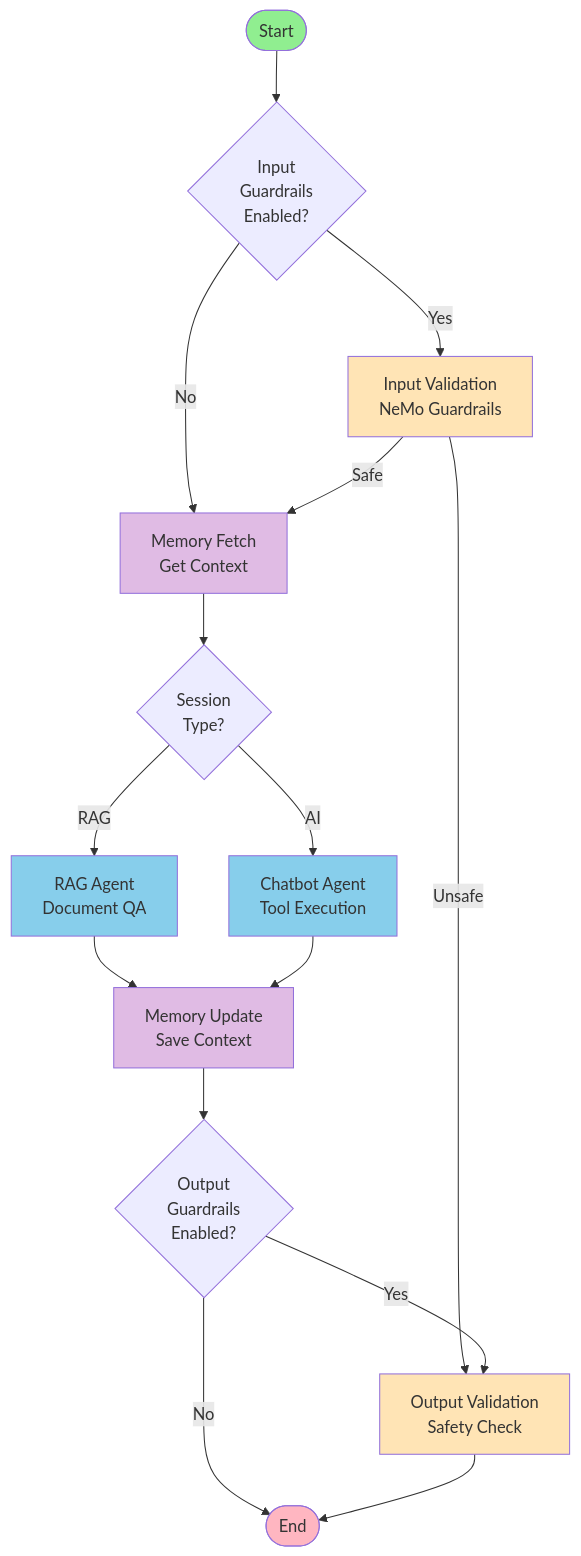
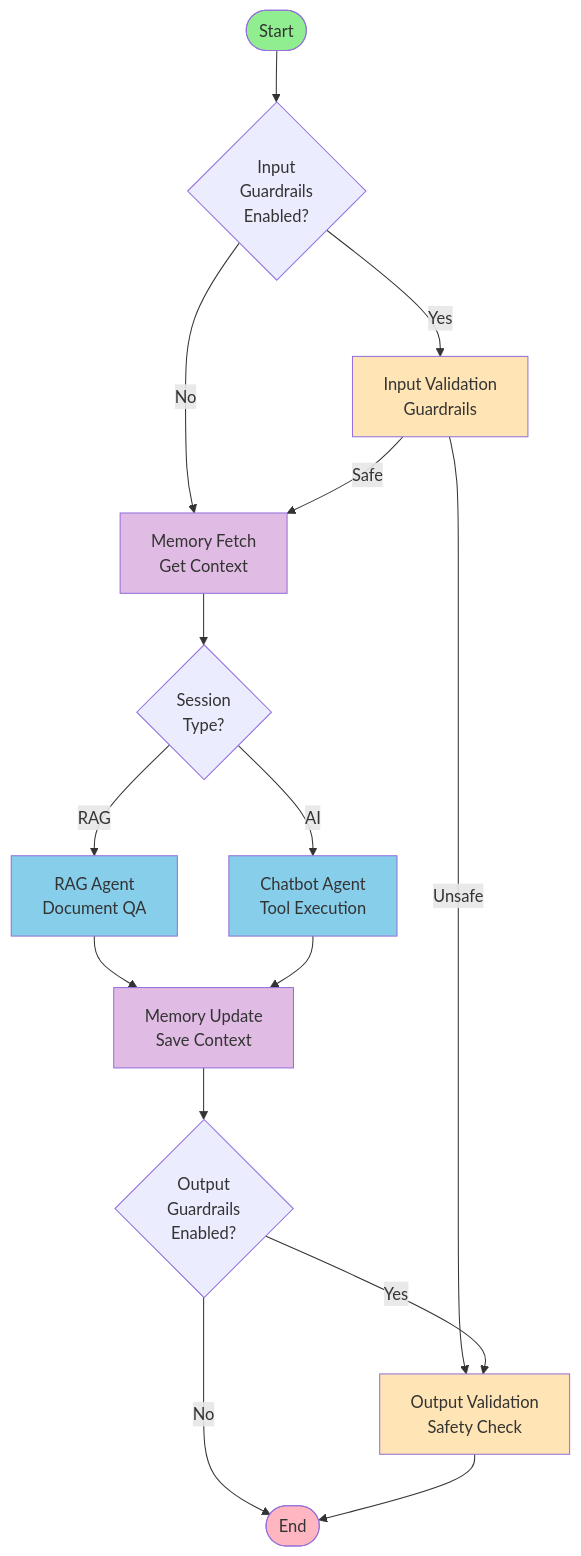
Before and after one commit to abdelmageed95/Ragent: the second of 4 diagrams in README.md, drawn with Mermaid. The commit also changed other lines of this file and 5 other files, not shown here.

````diff
--- a/README.md
+++ b/README.md
@@ -164,34 +164,34 @@
 ```mermaid
 graph TD
     START([Start]) --> IG{Input<br/>Guardrails<br/>Enabled?}
 
-    IG -->|Yes| IGN[Input Validation<br/>NeMo Guardrails]
+    IG -->|Yes| IGN[Input Validation<br/> Guardrails]
     IG -->|No| MF
 
     IGN -->|Safe| MF[Memory Fetch<br/>Get Context]
     IGN -->|Unsafe| OGN
 
     MF --> Router{Session<br/>Type?}
 
     Router -->|RAG| RAG[RAG Agent<br/>Document QA]
     Router -->|AI| Chat[Chatbot Agent<br/>Tool Execution]
 
     RAG --> MU[Memory Update<br/>Save Context]
     Chat --> MU
 
     MU --> OG{Output<br/>Guardrails<br/>Enabled?}
 
     OG -->|Yes| OGN[Output Validation<br/>Safety Check]
     OG -->|No| END
 
     OGN --> END([End])
 
     style START fill:#90EE90
     style END fill:#FFB6C1
     style IGN fill:#FFE4B5
     style MF fill:#E0BBE4
     style RAG fill:#87CEEB
     style Chat fill:#87CEEB
     style MU fill:#E0BBE4
     style OGN fill:#FFE4B5
 ```
````
